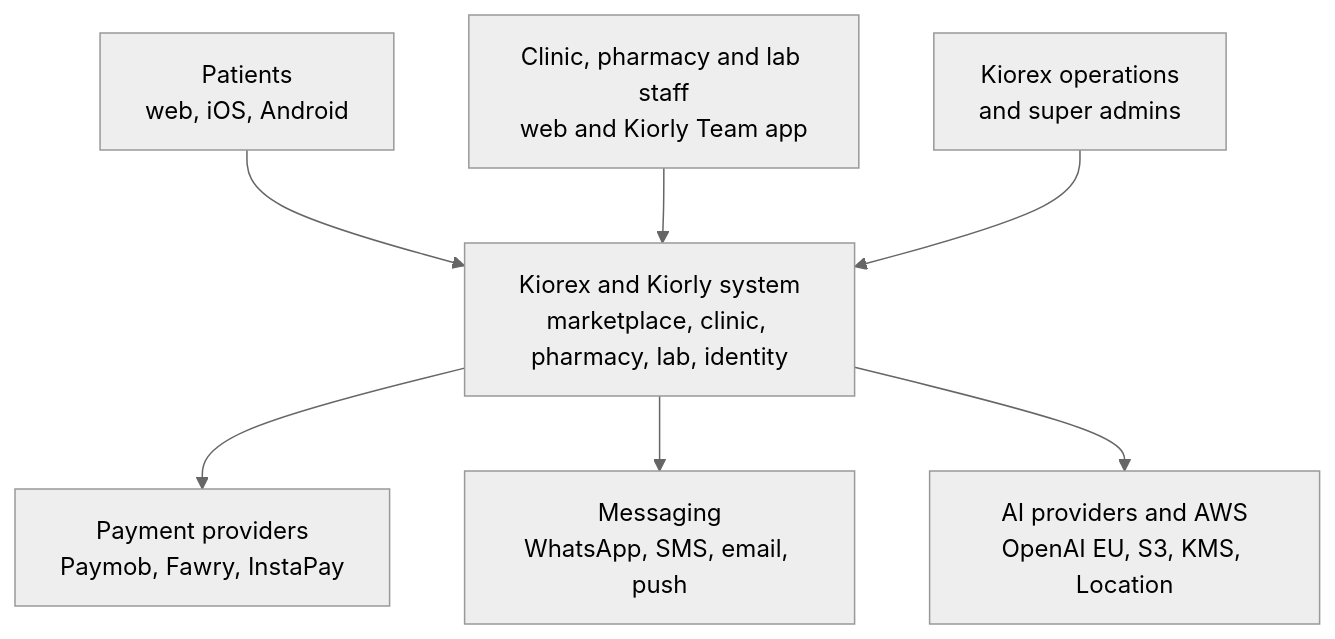
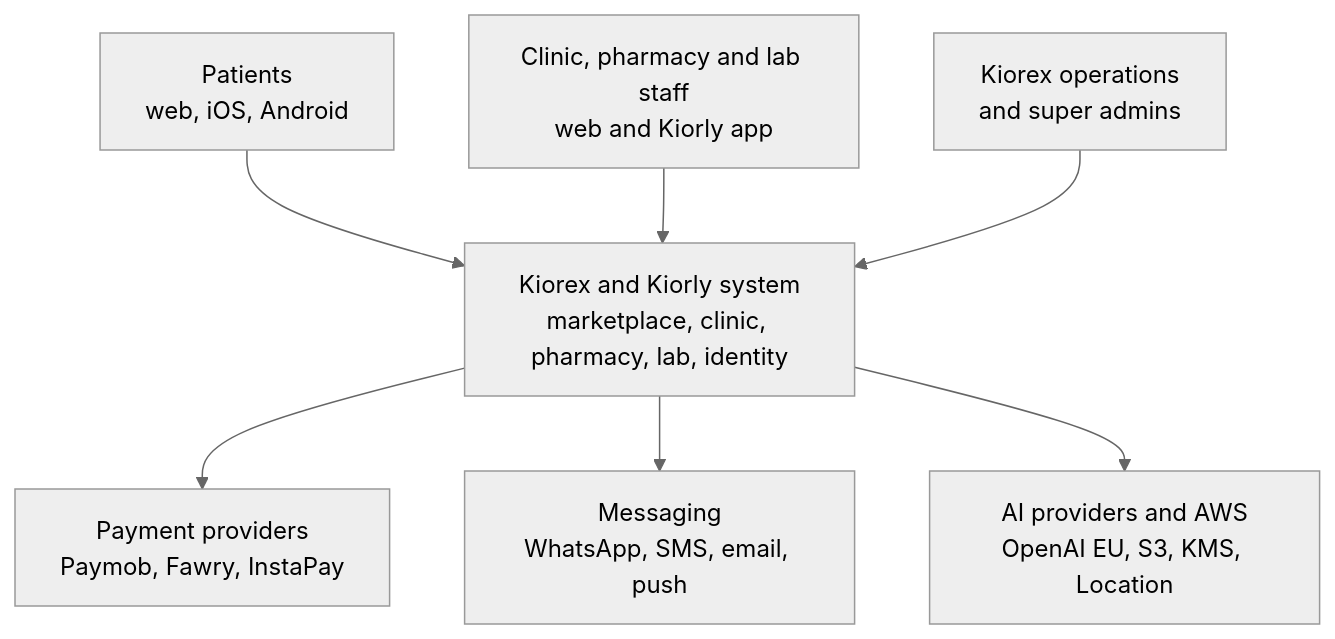
The first of 13 diagrams in _docs/rev23/KX-26_System_Architecture_Reference.md (mshall/kiorex-workspace), drawn with Mermaid (neutral theme) before and after one commit. The commit also changed other lines of this file and 33 other files, not shown here.

First line of the commit message:
docs: staff app is finally named Kiorly (ADR-037) and country selectors hidden for the Egypt-only launch

````diff
--- a/_docs/rev23/KX-26_System_Architecture_Reference.md
+++ b/_docs/rev23/KX-26_System_Architecture_Reference.md
@@ -43,16 +43,16 @@
 ```mermaid
 flowchart TB
   PAT["Patients<br/>web, iOS, Android"]
-  STF["Clinic, pharmacy and lab staff<br/>web and Kiorly Team app"]
+  STF["Clinic, pharmacy and lab staff<br/>web and Kiorly app"]
   OPS["Kiorex operations<br/>and super admins"]
   SYS["Kiorex and Kiorly system<br/>marketplace, clinic, pharmacy, lab, identity"]
   V1["Payment providers<br/>Paymob, Fawry, InstaPay"]
   V2["Messaging<br/>WhatsApp, SMS, email, push"]
   V3["AI providers and AWS<br/>OpenAI EU, S3, KMS, Location"]
   PAT --> SYS
   STF --> SYS
   OPS --> SYS
   SYS --> V1
   SYS --> V2
   SYS --> V3
 ```
````
